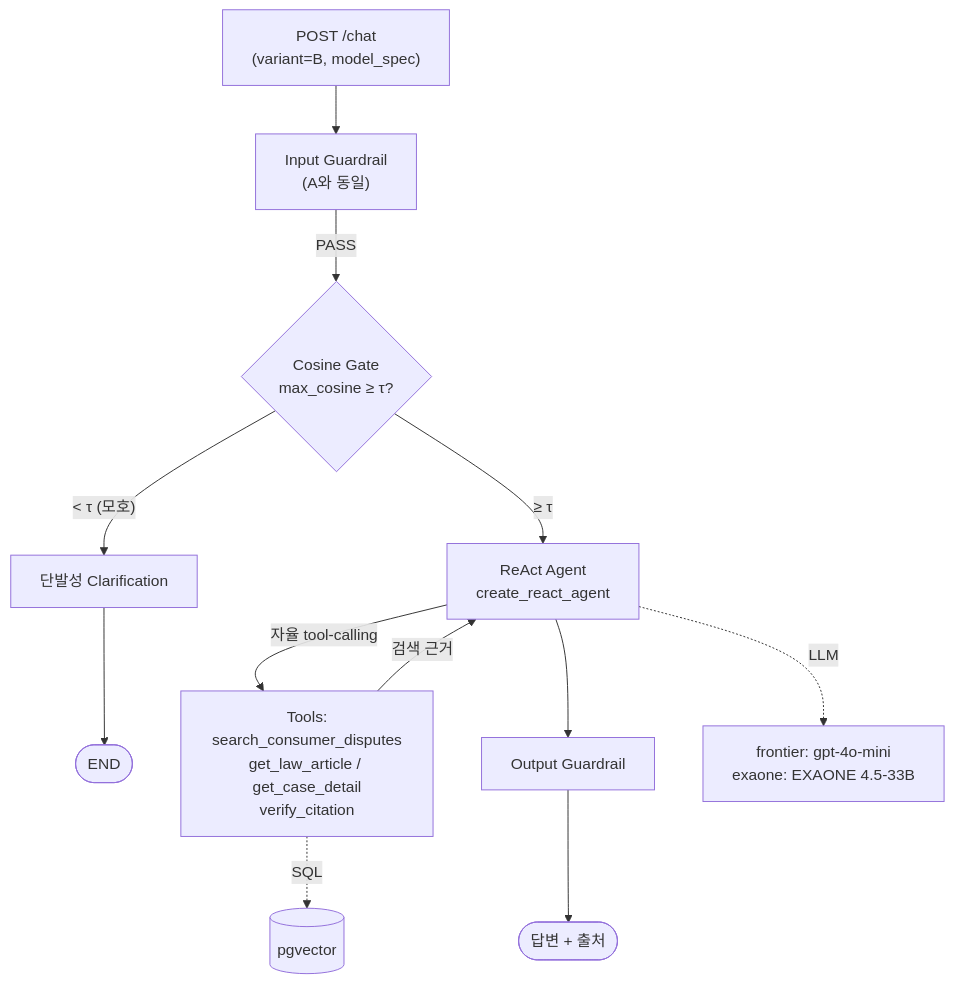
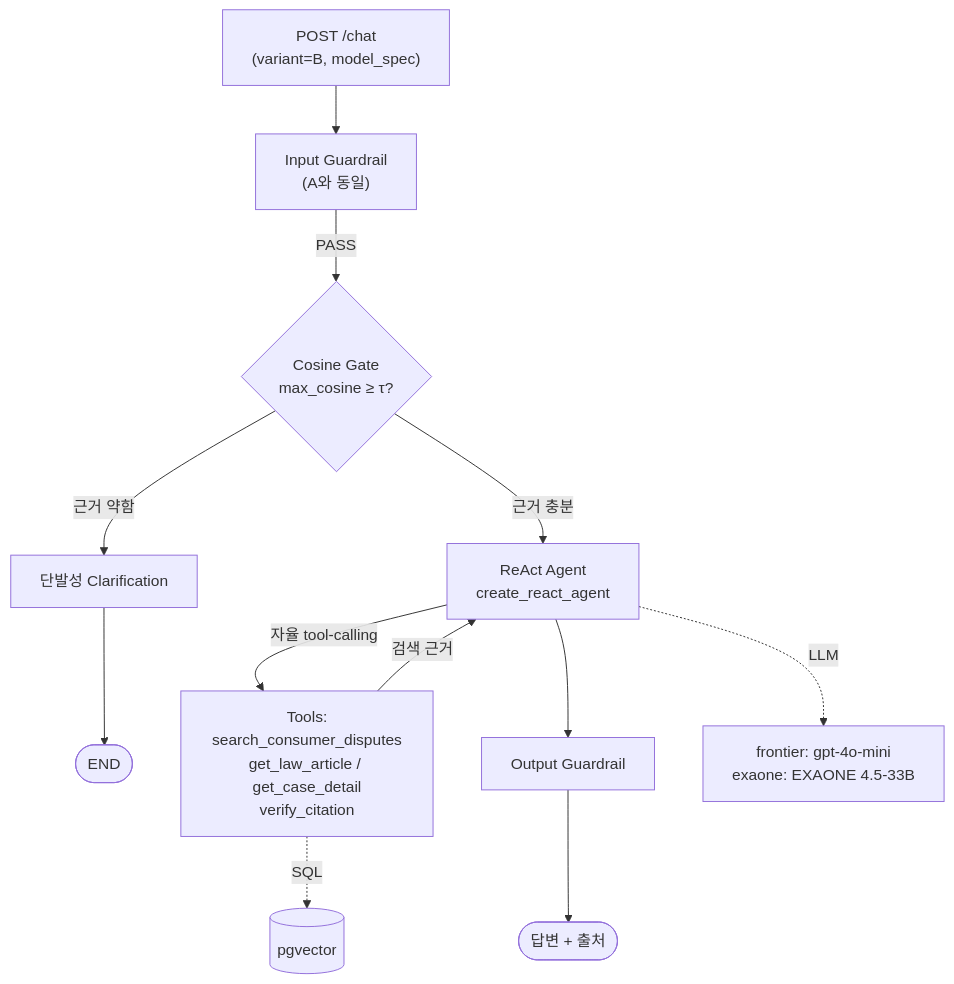
One commit to Maroco0109/Ddoksori changed the sixth of 6 diagrams in README.md. Above: the diagram before and after it, drawn with Mermaid. The commit also changed other lines of this file, not shown here.

Commit message:
fix(README): mermaid render break — remove parens from edge labels
§7.1 Variant A 다이어그램의 엣지 라벨 |LLM (생성·조건부 분석)| 안 괄호가
mermaid 파서를 깨뜨림(괄호=노드 shape 구분자). 괄호 제거. B 다이어그램의
게이트 엣지 라벨도 특수문자 제거해 통일.

검증: mermaid-cli로 6개 블록 전부 실제 SVG 렌더 성공(구조 검증이 아닌 실렌더).

````diff
--- a/README.md
+++ b/README.md
@@ -566,12 +566,12 @@
 ```mermaid
 graph TB
     GW["POST /chat<br/>(variant=B, model_spec)"] --> IGB["Input Guardrail<br/>(A와 동일)"]
     IGB -->|PASS| GATE{"Cosine Gate<br/>max_cosine ≥ τ?"}
-    GATE -->|"< τ (모호)"| CLR["단발성 Clarification"] --> EB([END])
-    GATE -->|"≥ τ"| RA["ReAct Agent<br/>create_react_agent"]
+    GATE -->|근거 약함| CLR["단발성 Clarification"] --> EB([END])
+    GATE -->|근거 충분| RA["ReAct Agent<br/>create_react_agent"]
     RA -->|자율 tool-calling| TOOLS["Tools:<br/>search_consumer_disputes<br/>get_law_article / get_case_detail<br/>verify_citation"]
     TOOLS -->|검색 근거| RA
     TOOLS -.->|SQL| DB[(pgvector)]
     RA --> OGB["Output Guardrail"] --> ANS([답변 + 출처])
     RA -.->|LLM| MODEL["frontier: gpt-4o-mini<br/>exaone: EXAONE 4.5-33B"]
 ```
````
